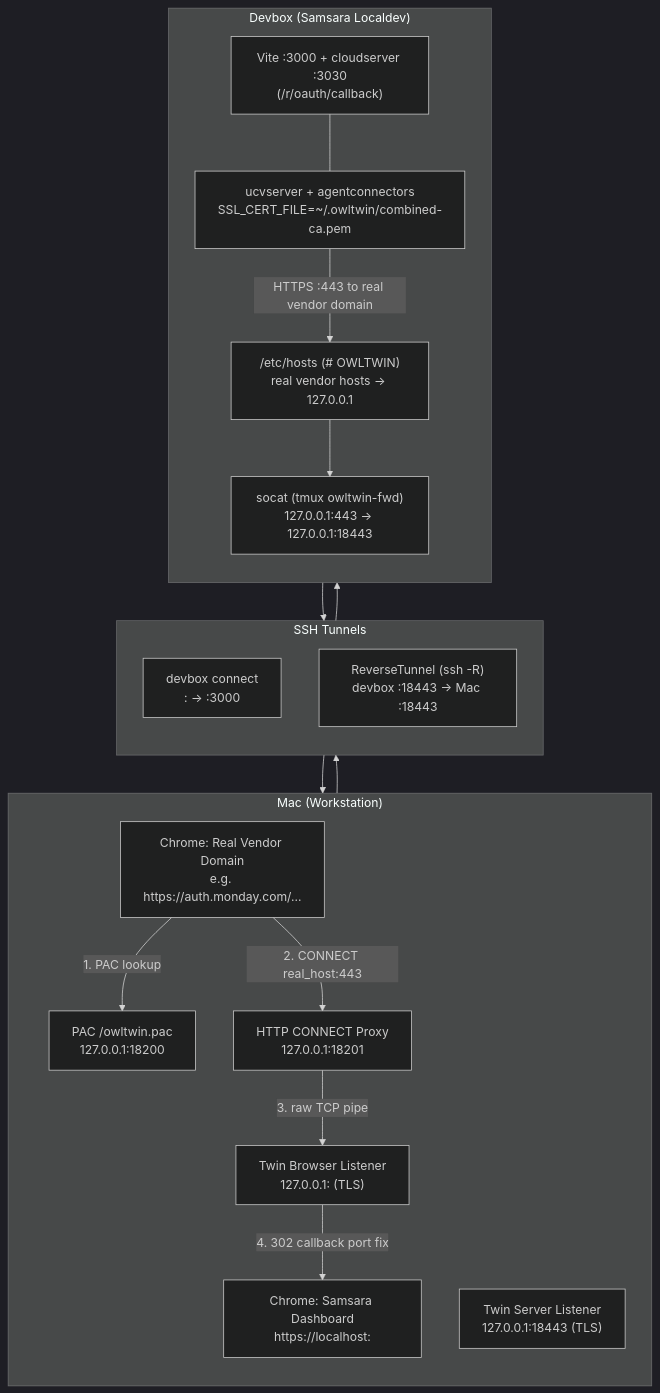
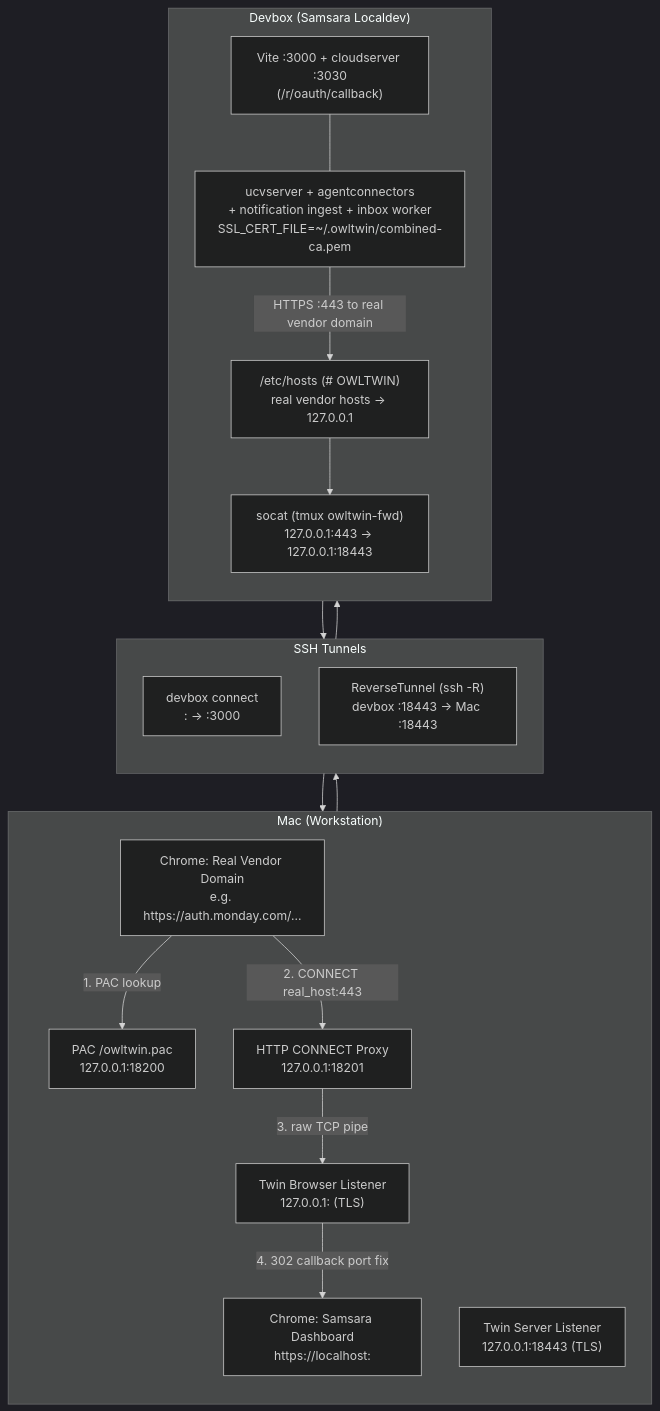
Before and after one commit to bartosz-jasak-samsara/owlauthtwin-local-notification: the first of 5 diagrams in docs/overview.md, drawn with Mermaid (dark theme). The commit also changed other lines of this file and 6 other files, not shown here.

````diff
--- a/docs/overview.md
+++ b/docs/overview.md
@@ -22,38 +22,38 @@
 ```mermaid
 flowchart TB
   subgraph Mac["Mac (Workstation)"]
     direction TB
     ChromeDash["Chrome: Samsara Dashboard\nhttps://localhost:<port>"]
     ChromeOAuth["Chrome: Real Vendor Domain\ne.g. https://auth.monday.com/..."]
     PAC["PAC /owltwin.pac\n127.0.0.1:18200"]
     Proxy["HTTP CONNECT Proxy\n127.0.0.1:18201"]
     TwinB["Twin Browser Listener\n127.0.0.1:<free_port> (TLS)"]
     TwinS["Twin Server Listener\n127.0.0.1:18443 (TLS)"]
 
     ChromeOAuth -- "1. PAC lookup" --> PAC
     ChromeOAuth -- "2. CONNECT real_host:443" --> Proxy
     Proxy -- "3. raw TCP pipe" --> TwinB
     TwinB -- "4. 302 callback port fix" --> ChromeDash
   end
 
   subgraph Tunnels["SSH Tunnels"]
     direction TB
     DevConnect["devbox connect\n:<port> -> :3000"]
     RevSSH["ReverseTunnel (ssh -R)\ndevbox :18443 -> Mac :18443"]
   end
 
   subgraph Devbox["Devbox (Samsara Localdev)"]
     direction TB
     Dashboard["Vite :3000 + cloudserver :3030\n(/r/oauth/callback)"]
-    Backend["ucvserver + agentconnectors\nSSL_CERT_FILE=~/.owltwin/combined-ca.pem"]
+    Backend["ucvserver + agentconnectors\n+ notification ingest + inbox worker\nSSL_CERT_FILE=~/.owltwin/combined-ca.pem"]
     Hosts["/etc/hosts (# OWLTWIN)\nreal vendor hosts -> 127.0.0.1"]
     Socat["socat (tmux owltwin-fwd)\n127.0.0.1:443 -> 127.0.0.1:18443"]
 
     Dashboard --- Backend
     Backend -- "HTTPS :443 to real vendor domain" --> Hosts
     Hosts --> Socat
   end
 
   ChromeDash --> DevConnect --> Dashboard
   Socat --> RevSSH --> TwinS
 ```
````
